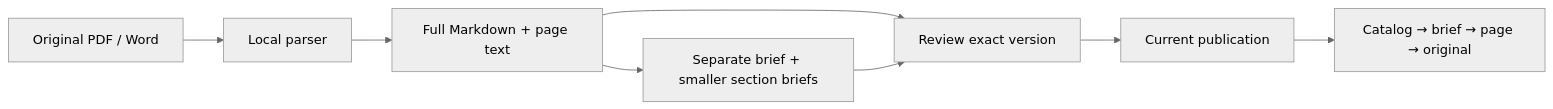
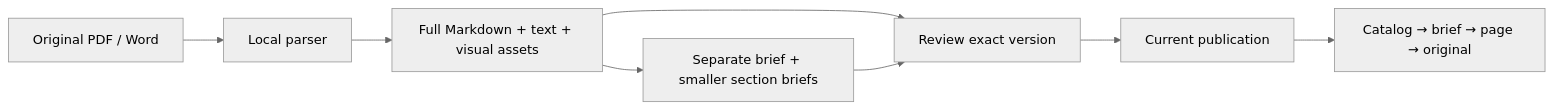
The diagram in README.md (masalu0105-gif/agent-library), drawn with Mermaid (neutral theme) before and after one commit. The commit also changed other lines of this file and 22 other files, not shown here.

````diff
--- a/README.md
+++ b/README.md
@@ -14,10 +14,10 @@
 ```mermaid
 flowchart LR
     A[Original PDF / Word] --> B[Local parser]
-    B --> C[Full Markdown + page text]
+    B --> C[Full Markdown + text + visual assets]
     C --> D[Separate brief + smaller section briefs]
     E[Review exact version] --> F[Current publication]
     C --> E
     D --> E
     F --> G[Catalog → brief → page → original]
 ```
````
